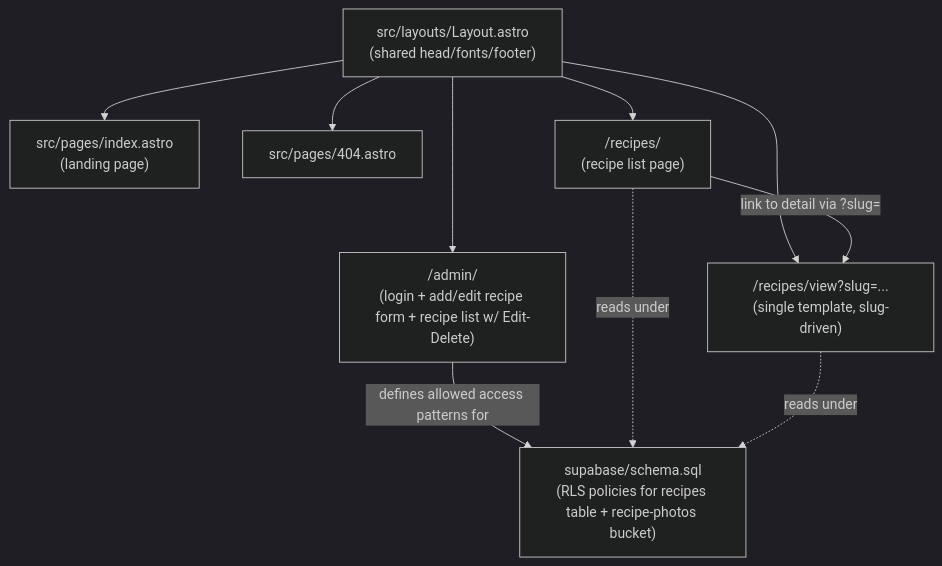
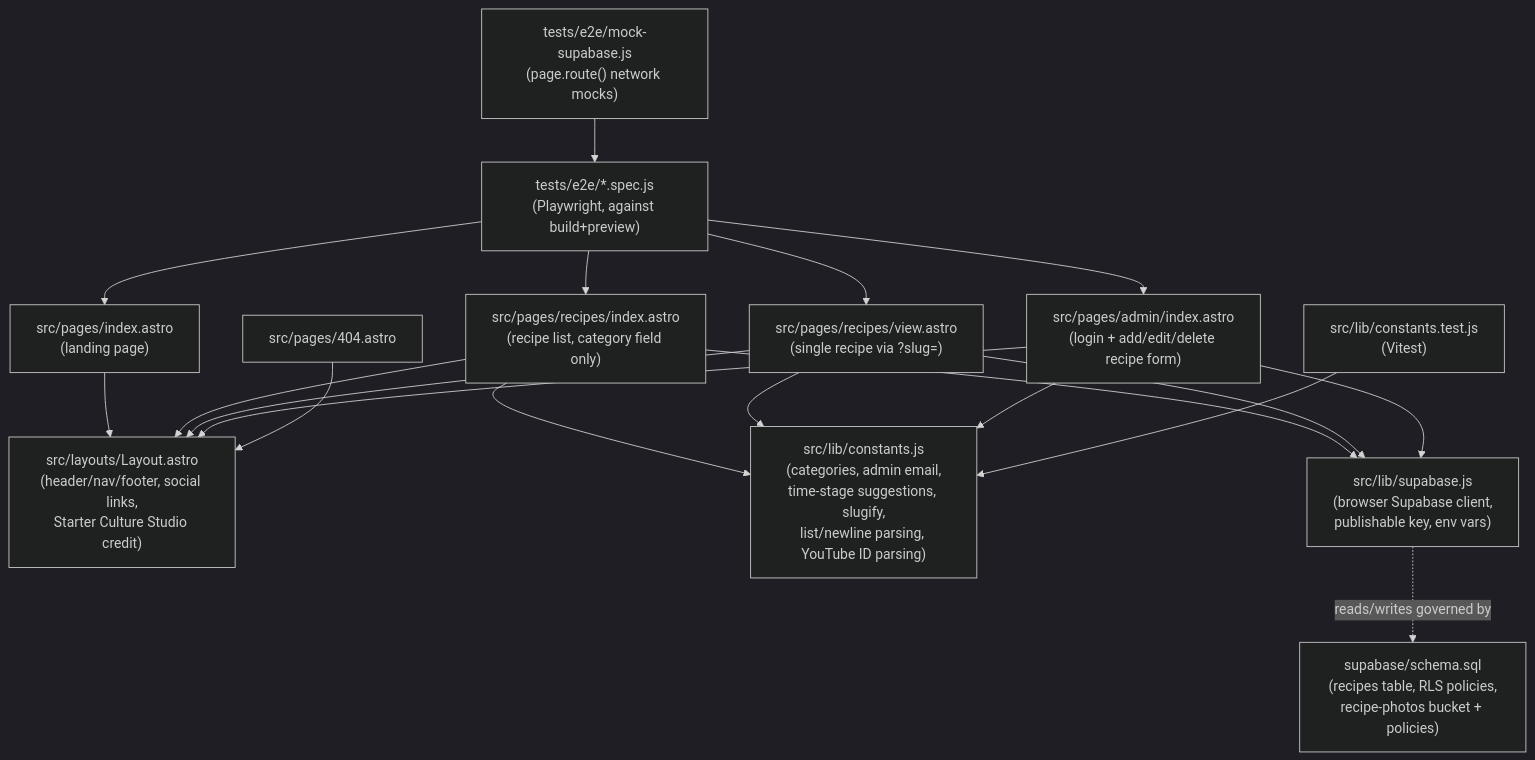
Before and after one commit to BubbaF377/heartland-fermenters-guild: the first of 3 diagrams in docs/VISUALIZER.md, drawn with Mermaid (dark theme). The commit also changed other lines of this file, not shown here.

````diff
--- a/docs/VISUALIZER.md
+++ b/docs/VISUALIZER.md
@@ -8,21 +8,38 @@
 ```mermaid
 graph TD
-    Layout["src/layouts/Layout.astro<br/>(shared head/fonts/footer)"]
-    Index["src/pages/index.astro<br/>(landing page)"]
+    Layout["src/layouts/Layout.astro<br/>(header/nav/footer, social links,<br/>Starter Culture Studio credit)"]
+
+    IndexPage["src/pages/index.astro<br/>(landing page)"]
+    RecipesList["src/pages/recipes/index.astro<br/>(recipe list, category field only)"]
+    RecipeView["src/pages/recipes/view.astro<br/>(single recipe via ?slug=)"]
+    AdminPage["src/pages/admin/index.astro<br/>(login + add/edit/delete recipe form)"]
     NotFound["src/pages/404.astro"]
-    RecipesList["/recipes/<br/>(recipe list page)"]
-    RecipeView["/recipes/view?slug=...<br/>(single template, slug-driven)"]
-    Admin["/admin/<br/>(login + add/edit recipe form + recipe list w/ Edit-Delete)"]
-    Schema["supabase/schema.sql<br/>(RLS policies for recipes table + recipe-photos bucket)"]
 
-    Layout --> Index
-    Layout --> NotFound
-    Layout --> RecipesList
-    Layout --> RecipeView
-    Layout --> Admin
+    Constants["src/lib/constants.js<br/>(categories, admin email,<br/>time-stage suggestions, slugify,<br/>list/newline parsing, YouTube ID parsing)"]
+    SupabaseClient["src/lib/supabase.js<br/>(browser Supabase client,<br/>publishable key, env vars)"]
 
-    RecipesList -->|"link to detail via ?slug="| RecipeView
-    Admin -->|"defines allowed access patterns for"| Schema
-    RecipesList -.->|"reads under"| Schema
-    RecipeView -.->|"reads under"| Schema
+    Schema["supabase/schema.sql<br/>(recipes table, RLS policies,<br/>recipe-photos bucket + policies)"]
+
+    IndexPage --> Layout
+    RecipesList --> Layout
+    RecipeView --> Layout
+    AdminPage --> Layout
+    NotFound --> Layout
+
+    RecipesList --> SupabaseClient
+    RecipeView --> SupabaseClient
+    AdminPage --> SupabaseClient
+
+    RecipesList --> Constants
+    RecipeView --> Constants
+    AdminPage --> Constants
+
+    SupabaseClient -. "reads/writes governed by" .-> Schema
+
+    VitestTest["src/lib/constants.test.js<br/>(Vitest)"] --> Constants
+    PlaywrightTests["tests/e2e/*.spec.js<br/>(Playwright, against build+preview)"] --> IndexPage
+    PlaywrightTests --> RecipesList
+    PlaywrightTests --> RecipeView
+    PlaywrightTests --> AdminPage
+    MockSupabase["tests/e2e/mock-supabase.js<br/>(page.route() network mocks)"] --> PlaywrightTests
 ```
````
